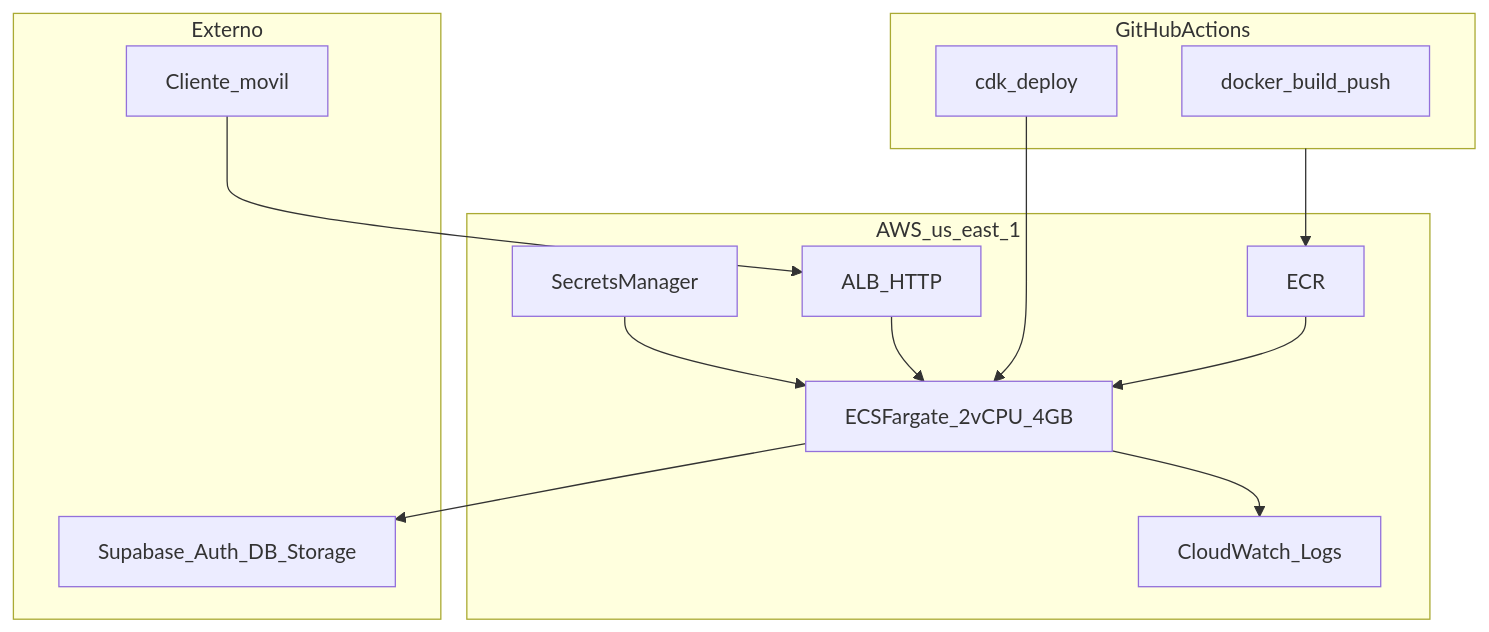
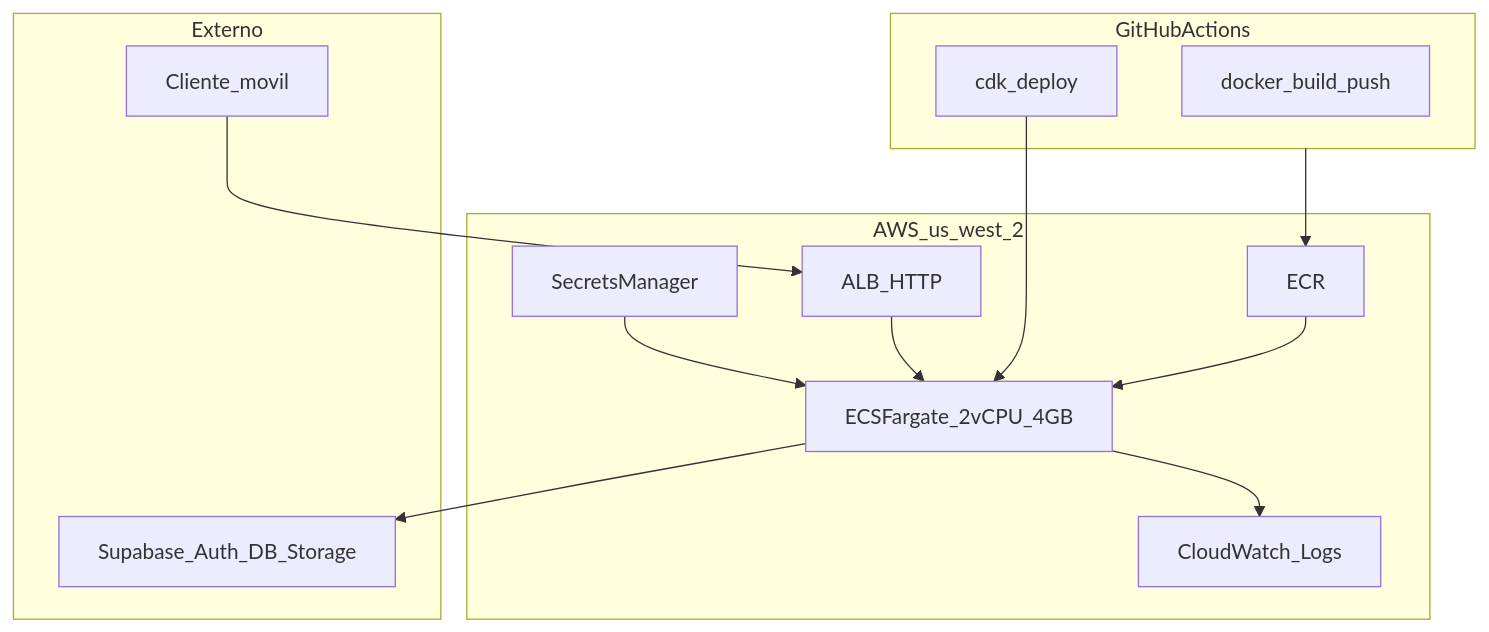
One commit to anemia-ai-lab/anemia-detection-backend changed the diagram in docs/DEPLOYMENT_AWS.md. Above: the diagram before and after it, drawn with Mermaid. The commit also changed other lines of this file and 9 other files, not shown here.

First line of the commit message:
chore: update AWS deployment region to us-west-2 and enhance related documentation

````diff
--- a/docs/DEPLOYMENT_AWS.md
+++ b/docs/DEPLOYMENT_AWS.md
@@ -7,26 +7,26 @@
 ```mermaid
 flowchart TB
   subgraph ci [GitHubActions]
     build[docker_build_push]
     deploy[cdk_deploy]
   end
-  subgraph aws [AWS_us_east_1]
+  subgraph aws [AWS_us_west_2]
     ecr[ECR]
     alb[ALB_HTTP]
     ecs[ECSFargate_2vCPU_4GB]
     sm[SecretsManager]
     cw[CloudWatch_Logs]
   end
   subgraph external [Externo]
     supa[Supabase_Auth_DB_Storage]
     mobile[Cliente_movil]
   end
   ci --> ecr
   ecr --> ecs
   deploy --> ecs
   alb --> ecs
   sm --> ecs
   ecs --> cw
   mobile --> alb
   ecs --> supa
 ```
````
